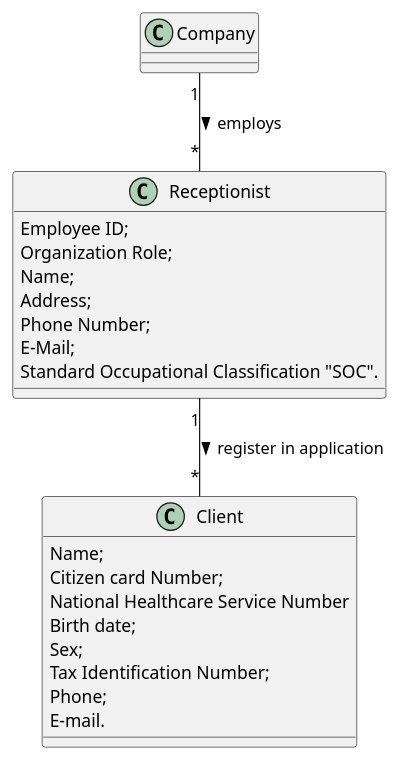
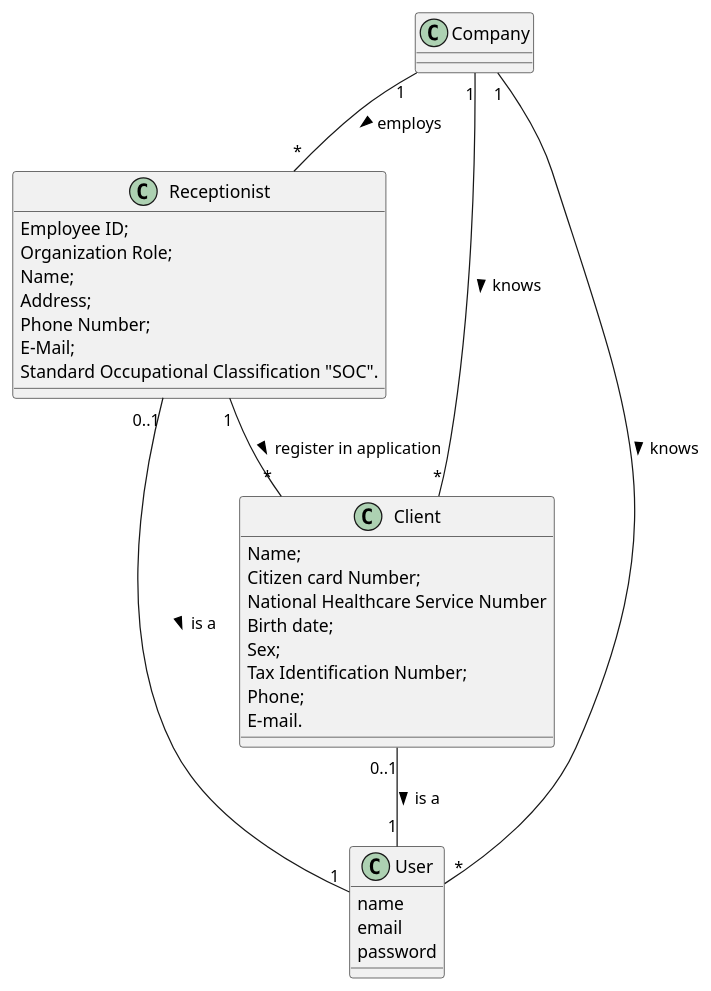
Before and after one commit to MarianaCLages/LAPR2: the diagram in docs/SprintB/US03/US3_MD.puml, drawn with PlantUML. The commit also changed 16 other files, not shown here.

```diff
--- a/docs/SprintB/US03/US3_MD.puml
+++ b/docs/SprintB/US03/US3_MD.puml
@@ -1,39 +1,49 @@
 @startuml
 
 class Company{
 }
 
 class Receptionist{
 Employee ID;
 Organization Role;
 Name;
 Address;
 Phone Number;
 E-Mail;
 Standard Occupational Classification "SOC".
 }
 
 class Client{
 Name;
 Citizen card Number;
 National Healthcare Service Number
 Birth date;
 Sex;
 Tax Identification Number;
 Phone;
 E-mail.
 }
 
+class User{
+name
+email
+password
+}
+
+Company "1" -- "*" Client: knows >
+Company "1" -- "*" User: knows >
+Receptionist "0..1" -- "1" User: is a >
+Client "0..1" -- "1" User: is a >
 Company "1" -- "*" Receptionist: employs >
 Receptionist "1" -- "*" Client: register in application >
 
 
 
 
 
 
 
 
 
 
 @enduml
```
